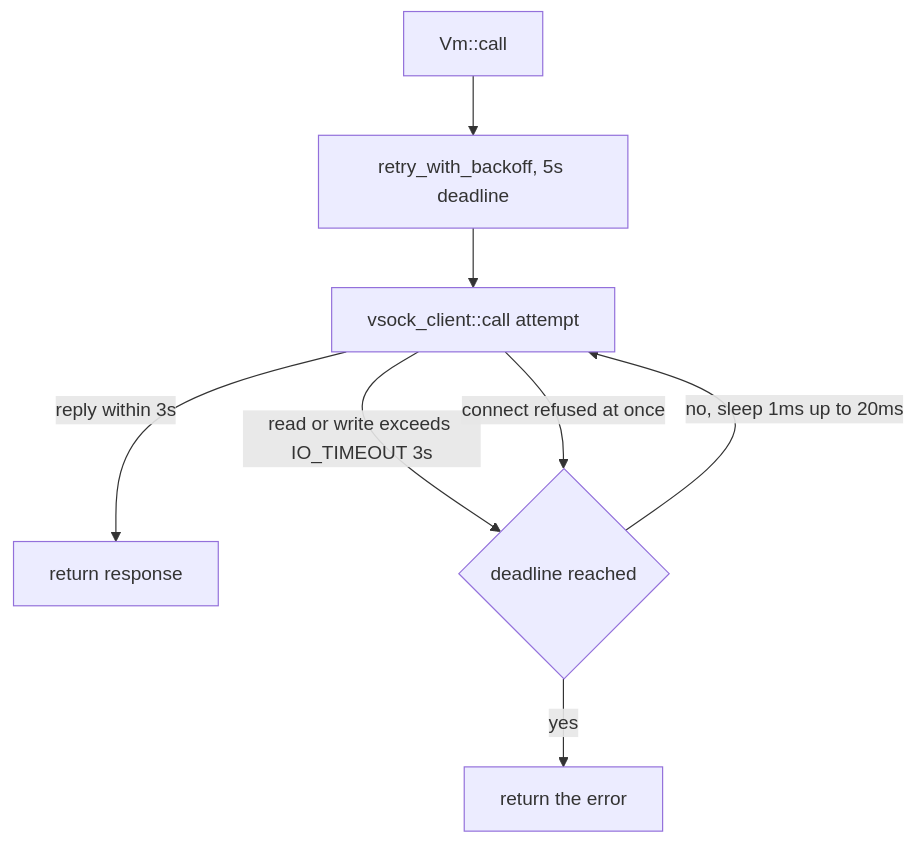
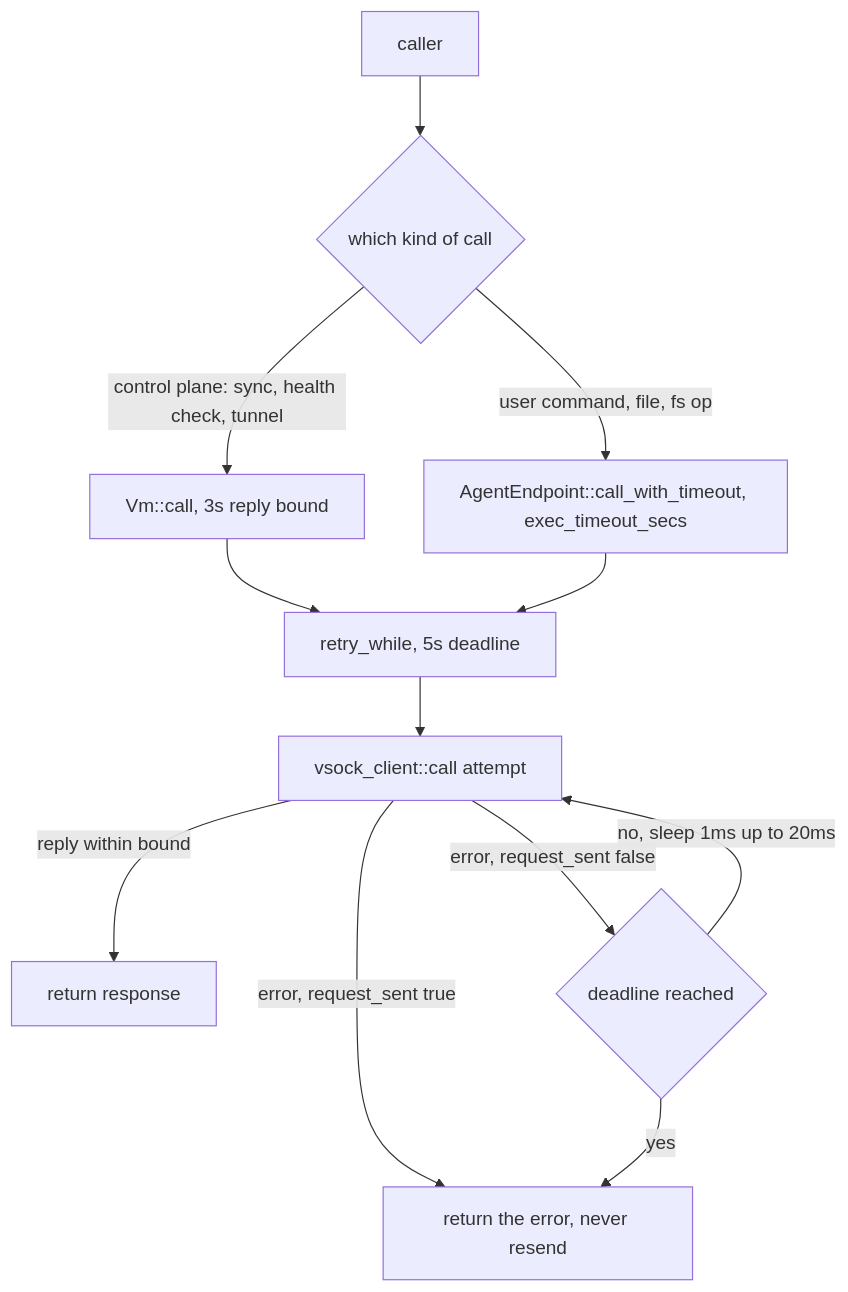
The third of 3 diagrams in website/src/content/engineering/22-opt-bounded-vsock-io.md (SumitKumar-17/sandkiln), drawn with Mermaid before and after one commit. The commit also changed other lines of this file and 91 other files, not shown here.

````diff
--- a/website/src/content/engineering/22-opt-bounded-vsock-io.md
+++ b/website/src/content/engineering/22-opt-bounded-vsock-io.md
@@ -110,10 +109,14 @@
 ```mermaid
 flowchart TD
-  A[Vm::call] --> B[retry_with_backoff, 5s deadline]
-  B --> C[vsock_client::call attempt]
-  C -- reply within 3s --> D[return response]
-  C -- read or write exceeds IO_TIMEOUT 3s --> E{deadline reached}
-  C -- connect refused at once --> E
-  E -- no, sleep 1ms up to 20ms --> C
-  E -- yes --> F[return the error]
+  A[caller] --> B{which kind of call}
+  B -- control plane: sync, health check, tunnel --> C[Vm::call, 3s reply bound]
+  B -- user command, file, fs op --> D[AgentEndpoint::call_with_timeout, exec_timeout_secs]
+  C --> E[retry_while, 5s deadline]
+  D --> E
+  E --> F[vsock_client::call attempt]
+  F -- reply within bound --> G[return response]
+  F -- error, request_sent false --> H{deadline reached}
+  F -- error, request_sent true --> I[return the error, never resend]
+  H -- no, sleep 1ms up to 20ms --> F
+  H -- yes --> I
 ```
````
